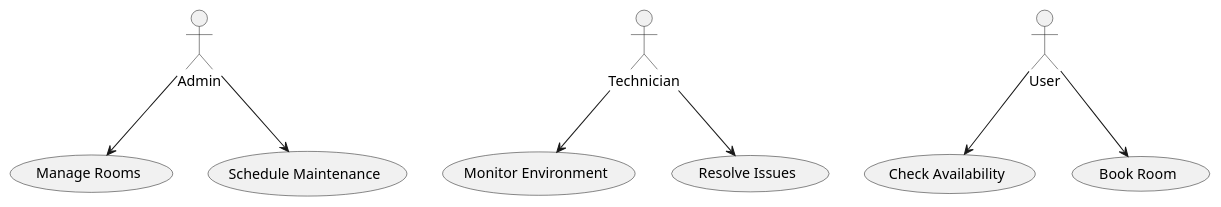
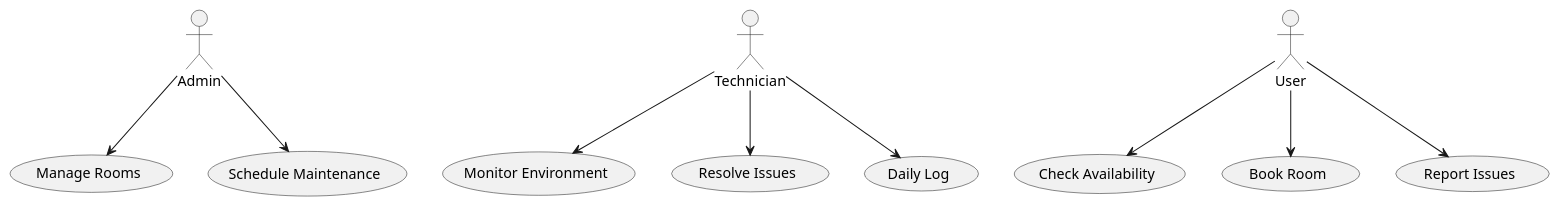
Before and after one commit to yuludai/yuludai: the diagram in use case diagram.plantuml, drawn with PlantUML.

Commit message:
Update use case diagram.plantuml

```diff
--- a/use case diagram.plantuml
+++ b/use case diagram.plantuml
@@ -1,12 +1,14 @@
 @startuml use case diagram
 actor Admin
 actor Technician
 actor User
 
 Admin --> (Manage Rooms)
 Admin --> (Schedule Maintenance)
 User --> (Check Availability)
 User --> (Book Room)
+User --> (Report Issues)
 Technician --> (Monitor Environment)
 Technician --> (Resolve Issues)
+Technician --> (Daily Log)
 @enduml
```
